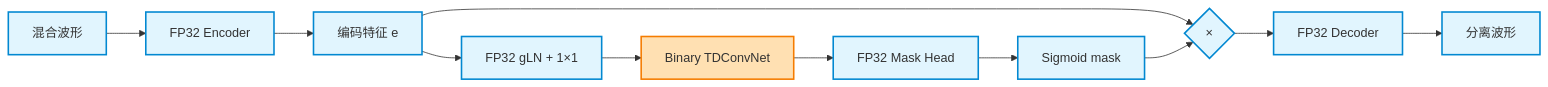
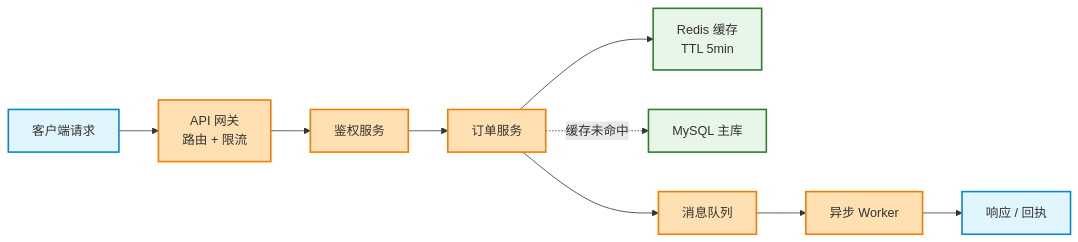
One commit to QJH-0/.ai-shared changed the first of 5 diagrams in skills/mermaid-master/SKILL.md. Above: the diagram before and after it, drawn with Mermaid. The commit also changed other lines of this file and 8 other files, not shown here.

````diff
--- a/skills/mermaid-master/SKILL.md
+++ b/skills/mermaid-master/SKILL.md
@@ -66,16 +68,15 @@
 ```mermaid
 flowchart LR
-    classDef fp fill:#e1f5fe,stroke:#0288d1,stroke-width:2px
-    classDef bin fill:#ffe0b2,stroke:#f57c00,stroke-width:2px
+    classDef client fill:#e1f5fe,stroke:#0288d1,stroke-width:2px
+    classDef core fill:#ffe0b2,stroke:#f57c00,stroke-width:2px
+    classDef store fill:#e8f5e9,stroke:#2e7d32,stroke-width:2px
 
-    wav["混合波形"]:::fp --> enc["FP32 Encoder"]:::fp
-    enc --> feat["编码特征 e"]:::fp
-    feat --> gln["FP32 gLN + 1×1"]:::fp
-    gln --> sep["Binary TDConvNet"]:::bin
-    sep --> head["FP32 Mask Head"]:::fp
-    head --> msk["Sigmoid mask"]:::fp
-    feat --> mul{"×"}:::fp
-    msk --> mul
-    mul --> dec["FP32 Decoder"]:::fp
-    dec --> out["分离波形"]:::fp
+    req["客户端请求"]:::client --> gw["API 网关<br/>路由 + 限流"]:::core
+    gw --> auth["鉴权服务"]:::core
+    auth --> svc["订单服务"]:::core
+    svc --> cache["Redis 缓存<br/>TTL 5min"]:::store
+    svc -.->|"缓存未命中"| db["MySQL 主库"]:::store
+    svc --> mq["消息队列"]:::core
+    mq --> worker["异步 Worker"]:::core
+    worker --> resp["响应 / 回执"]:::client
 ```
````
